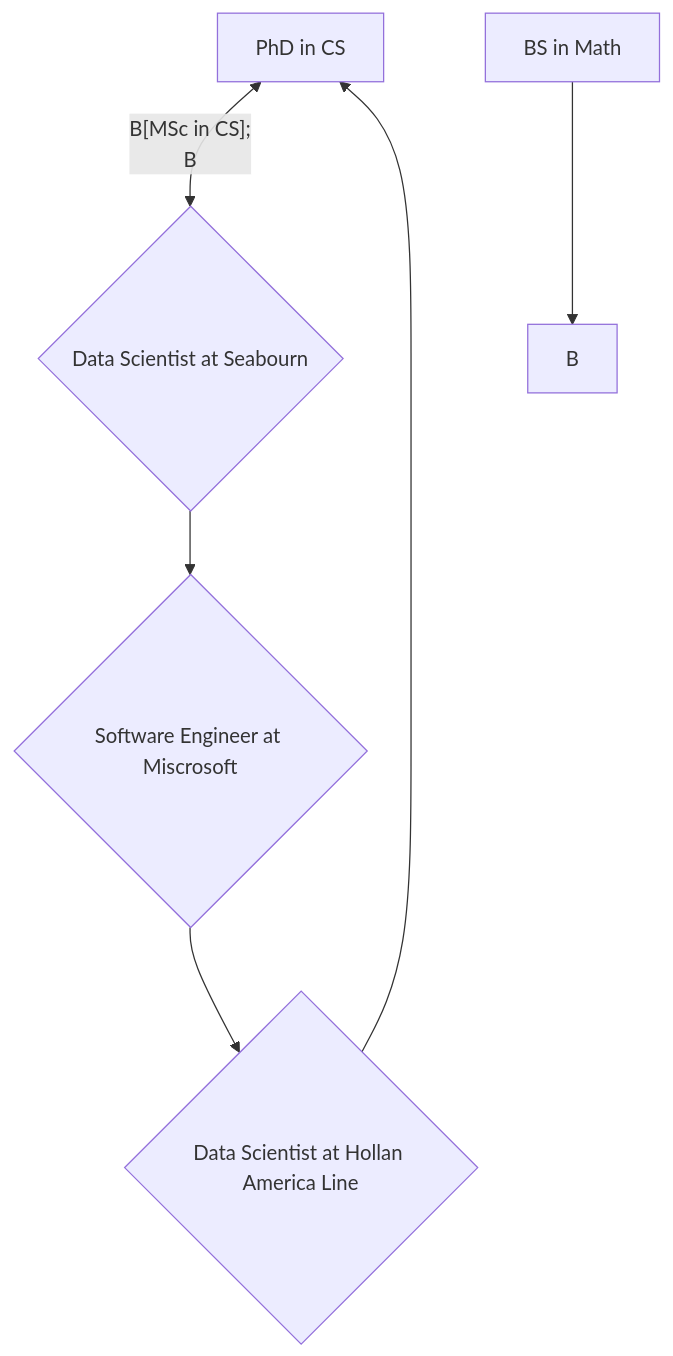
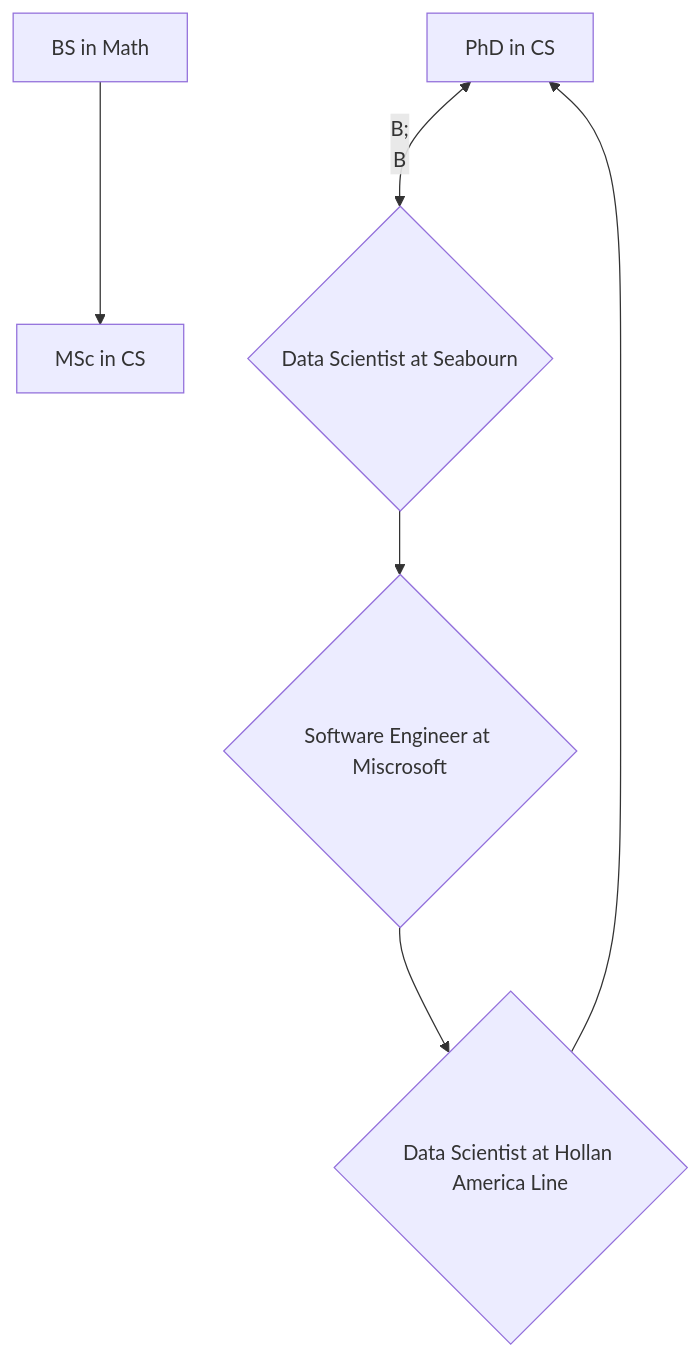
Before and after one commit to LeyliG/LeyliG: the diagram in README.md, drawn with Mermaid.

````diff
--- a/README.md
+++ b/README.md
@@ -31,9 +31,9 @@
 ```mermaid
   flowchart TB
-      A[PhD in CS] <-- B[MSc in CS];
+      A[BS in Math] --> B[MSc in CS];
+      C[PhD in CS] <-- B;
       B --> D{Data Scientist at Seabourn};
-      C[BS in Math] --> B; 
       D --> E{Software Engineer at Miscrosoft};
       E --> F{Data Scientist at Hollan America Line};
-      F --> A
+      F --> C;
 ```
````
